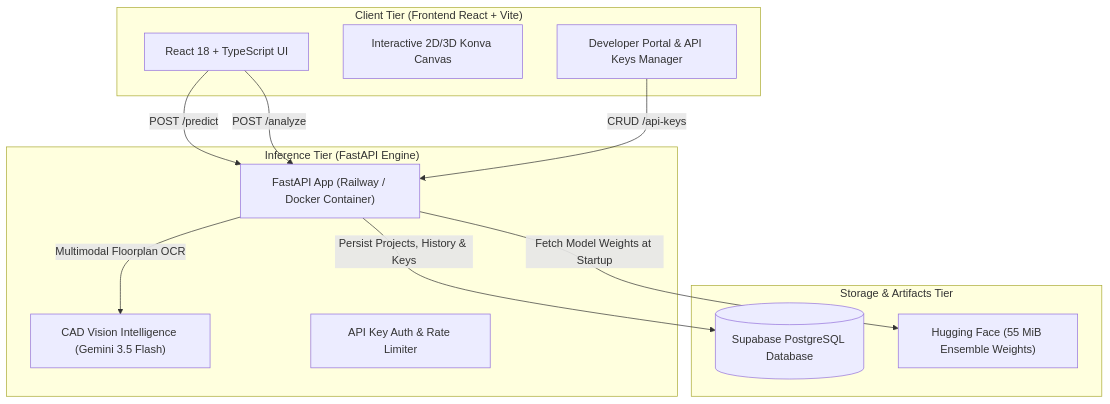
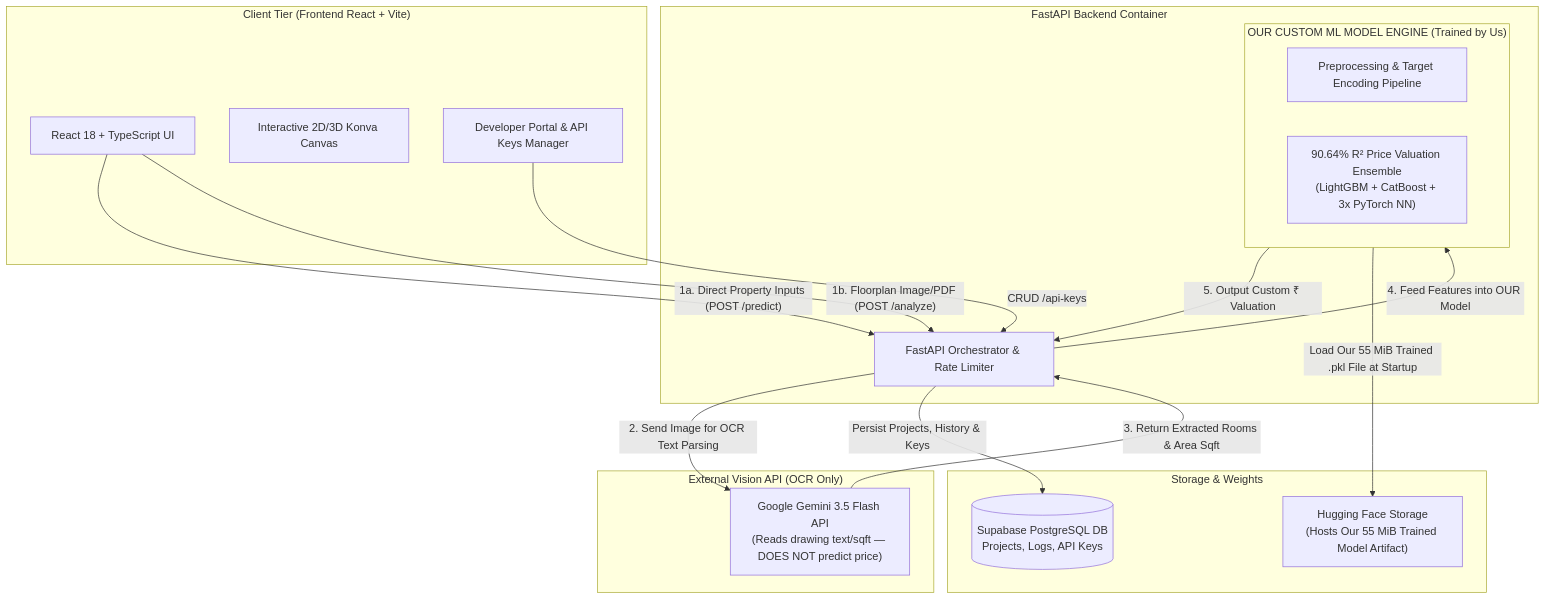
One commit to YUST777/spaceworth.site-ITI_AI_COURSE_PROJECT changed the diagram in README.md. Above: the diagram before and after it, drawn with Mermaid. The commit also changed other lines of this file, not shown here.

Commit message:
docs: clarify custom trained 90.64% R² price model vs external Gemini OCR API in Mermaid flowchart

````diff
--- a/README.md
+++ b/README.md
@@ -50,26 +52,39 @@
 ```mermaid
 flowchart TD
     subgraph Client["Client Tier (Frontend React + Vite)"]
         UI["React 18 + TypeScript UI"]
         Konva["Interactive 2D/3D Konva Canvas"]
         Portal["Developer Portal & API Keys Manager"]
     end
 
-    subgraph Service["Inference Tier (FastAPI Engine)"]
-        API["FastAPI App (Railway / Docker Container)"]
-        CAD["CAD Vision Intelligence (Gemini 3.5 Flash)"]
-        Auth["API Key Auth & Rate Limiter"]
+    subgraph CoreBackend["FastAPI Backend Container"]
+        API["FastAPI Orchestrator & Rate Limiter"]
+        
+        subgraph OurModel["OUR CUSTOM ML MODEL ENGINE (Trained by Us)"]
+            Prep["Preprocessing & Target Encoding Pipeline"]
+            Ensemble["90.64% R² Price Valuation Ensemble\n(LightGBM + CatBoost + 3x PyTorch NN)"]
+        end
     end
 
-    subgraph Persistence["Storage & Artifacts Tier"]
-        DB[(Supabase PostgreSQL Database)]
-        HF["Hugging Face (55 MiB Ensemble Weights)"]
+    subgraph ExternalService["External Vision API (OCR Only)"]
+        Gemini["Google Gemini 3.5 Flash API\n(Reads drawing text/sqft — DOES NOT predict price)"]
     end
 
-    UI -->|"POST /predict"| API
-    UI -->|"POST /analyze"| API
+    subgraph Persistence["Storage & Weights"]
+        DB[(Supabase PostgreSQL DB\nProjects, Logs, API Keys)]
+        HF["Hugging Face Storage\n(Hosts Our 55 MiB Trained Model Artifact)"]
+    end
+
+    UI -->|"1a. Direct Property Inputs (POST /predict)"| API
+    UI -->|"1b. Floorplan Image/PDF (POST /analyze)"| API
     Portal -->|"CRUD /api-keys"| API
-    API -->|"Multimodal Floorplan OCR"| CAD
+    
+    API -->|"2. Send Image for OCR Text Parsing"| Gemini
+    Gemini -->|"3. Return Extracted Rooms & Area Sqft"| API
+    
+    API -->|"4. Feed Features into OUR Model"| OurModel
+    OurModel -->|"5. Output Custom ₹ Valuation"| API
+    
     API -->|"Persist Projects, History & Keys"| DB
-    API -->|"Fetch Model Weights at Startup"| HF
+    OurModel -->|"Load Our 55 MiB Trained .pkl File at Startup"| HF
 ```
````
